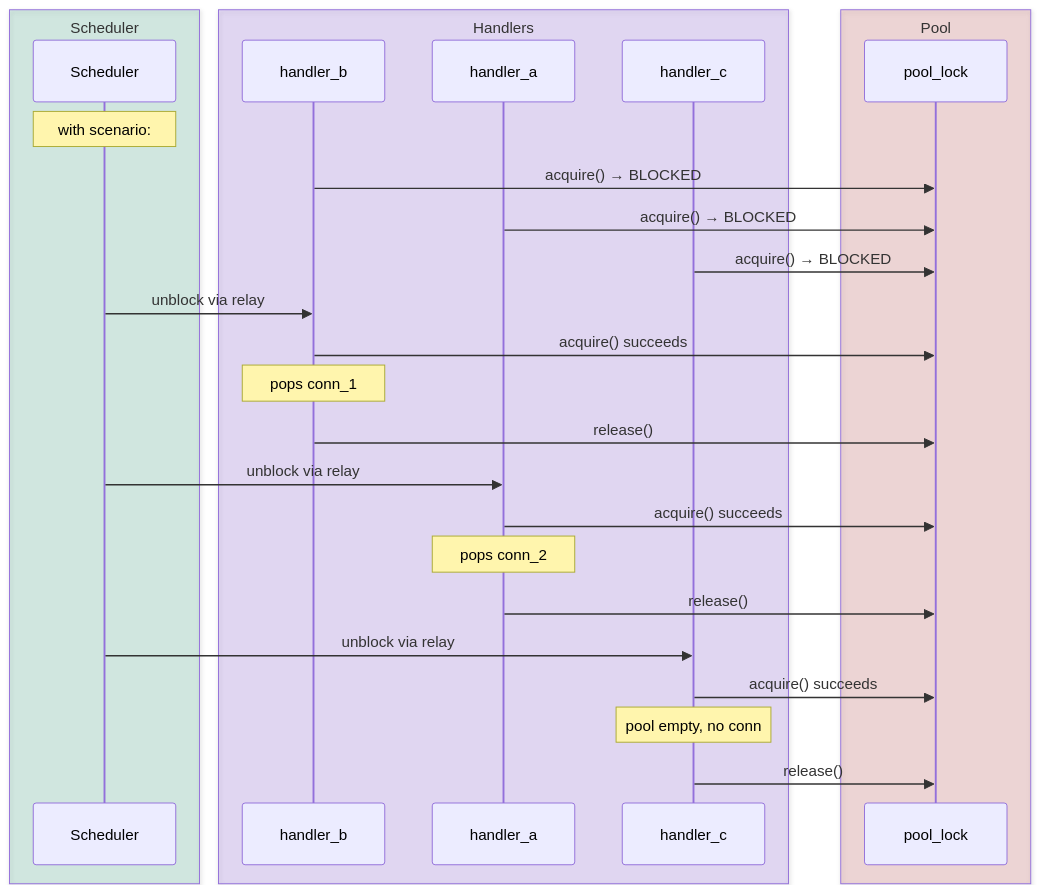
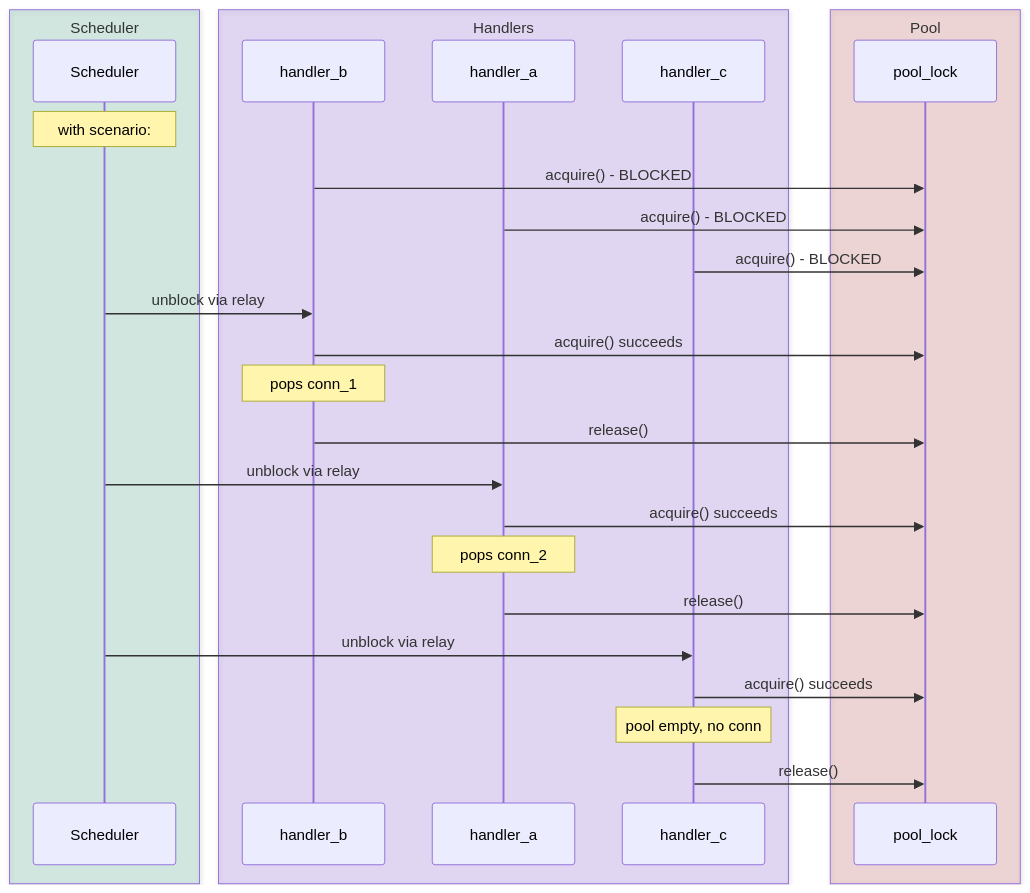
One commit to gaborbernat/bernat-tech changed diagram 13 of 16 in content/posts/blanket-deterministic-threading/index.md. Above: the diagram before and after it, drawn with Mermaid. The commit also changed other lines of this file, not shown here.

First line of the commit message:
Fix mermaid diagrams: validate with mmdc, fix activation syntax

````diff
--- a/content/posts/blanket-deterministic-threading/index.md
+++ b/content/posts/blanket-deterministic-threading/index.md
@@ -778,34 +786,34 @@
 ```mermaid
 sequenceDiagram
     box rgba(5,150,105,0.15) Scheduler
         participant S as Scheduler
     end
     box rgba(109,40,217,0.15) Handlers
         participant HB as handler_b
         participant HA as handler_a
         participant HC as handler_c
     end
     box rgba(185,28,28,0.15) Pool
         participant P as pool_lock
     end
 
     Note over S: with scenario:
-    HB->>P: acquire() → BLOCKED
-    HA->>P: acquire() → BLOCKED
-    HC->>P: acquire() → BLOCKED
+    HB->>P: acquire() - BLOCKED
+    HA->>P: acquire() - BLOCKED
+    HC->>P: acquire() - BLOCKED
 
     S->>HB: unblock via relay
     HB->>P: acquire() succeeds
     Note over HB: pops conn_1
     HB->>P: release()
 
     S->>HA: unblock via relay
     HA->>P: acquire() succeeds
     Note over HA: pops conn_2
     HA->>P: release()
 
     S->>HC: unblock via relay
     HC->>P: acquire() succeeds
     Note over HC: pool empty, no conn
     HC->>P: release()
 ```
````
